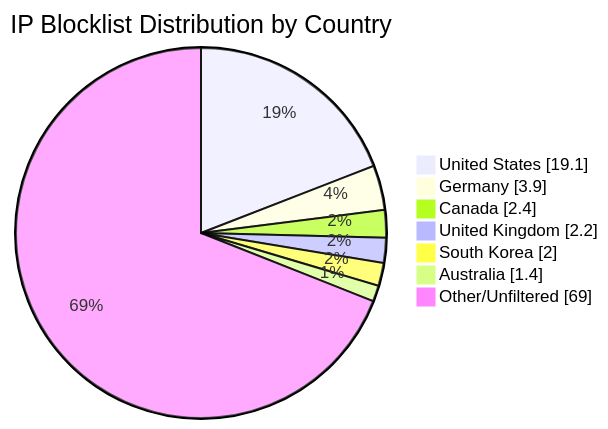
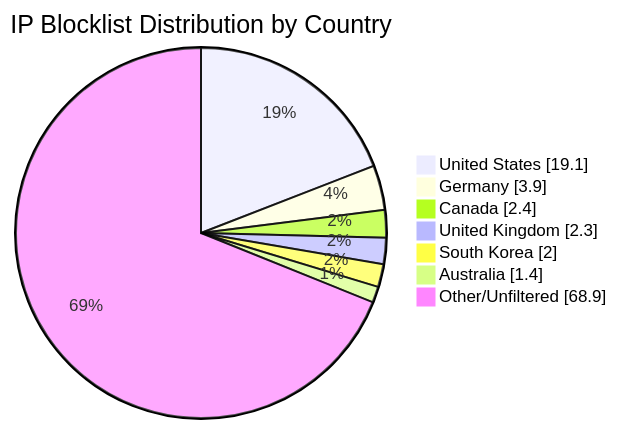
One commit to MarcusHoltz/ipblocklist-geofiltered-aggregator changed the diagram in README.md. Above: the diagram before and after it, drawn with Mermaid. The commit also changed other lines of this file and 9 other files, not shown here.

````diff
--- a/README.md
+++ b/README.md
@@ -34,10 +34,10 @@
 ```mermaid
 pie showData title IP Blocklist Distribution by Country
 "United States" : 19.1
 "Germany" : 3.9
 "Canada" : 2.4
-"United Kingdom" : 2.2
+"United Kingdom" : 2.3
 "South Korea" : 2.0
 "Australia" : 1.4
-"Other/Unfiltered" : 69.0
+"Other/Unfiltered" : 68.9
 ```
````
